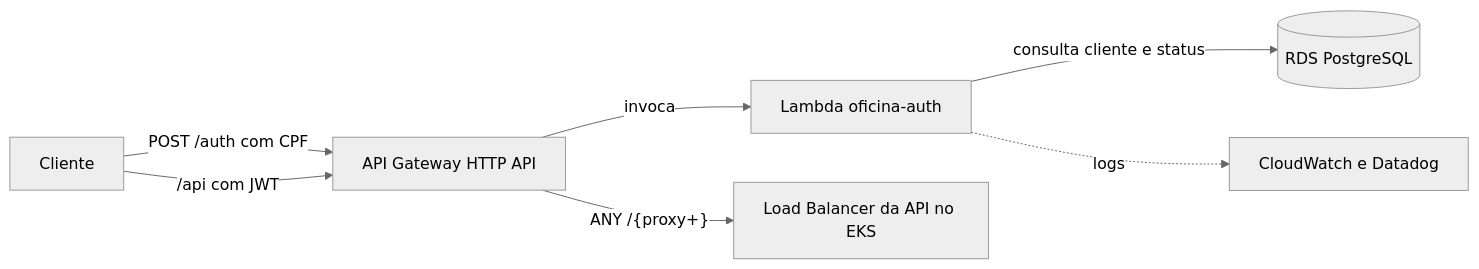
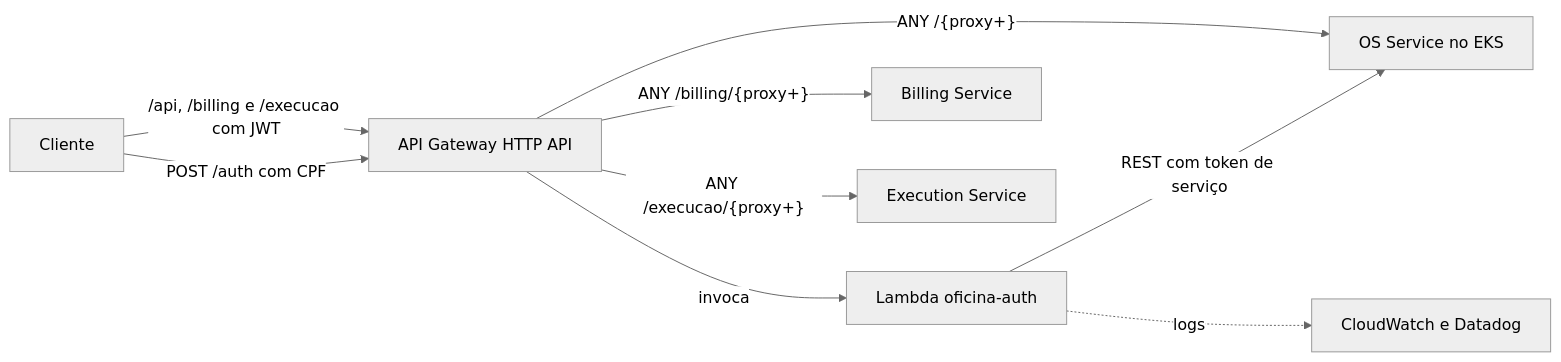
The diagram in README.md (gabrielov2003/fiap_tech_challenge_oficina_auth_lambda), drawn with Mermaid (neutral theme) before and after one commit. The commit also changed other lines of this file and 8 other files, not shown here.

Commit message:
consulta o cliente por rest no os service e adiciona rotas do billing e da execucao no gateway

````diff
--- a/README.md
+++ b/README.md
@@ -14,9 +16,11 @@
 ```mermaid
 flowchart LR
     C["Cliente"] -->|"POST /auth com CPF"| GW["API Gateway HTTP API"]
     GW -->|"invoca"| L["Lambda oficina-auth"]
-    L -->|"consulta cliente e status"| RDS[("RDS PostgreSQL")]
-    C -->|"/api com JWT"| GW
-    GW -->|"ANY /{proxy+}"| LB["Load Balancer da API no EKS"]
+    L -->|"REST com token de serviço"| OS["OS Service no EKS"]
+    C -->|"/api, /billing e /execucao com JWT"| GW
+    GW -->|"ANY /{proxy+}"| OS
+    GW -->|"ANY /billing/{proxy+}"| B["Billing Service"]
+    GW -->|"ANY /execucao/{proxy+}"| E["Execution Service"]
     L -.->|"logs"| CW["CloudWatch e Datadog"]
 ```
````
